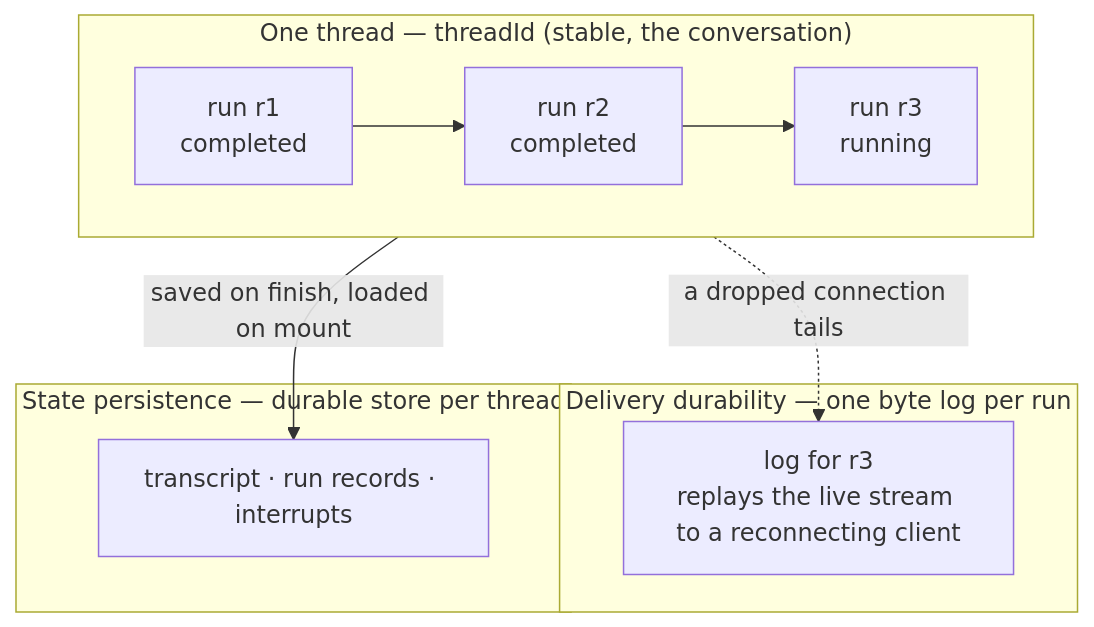
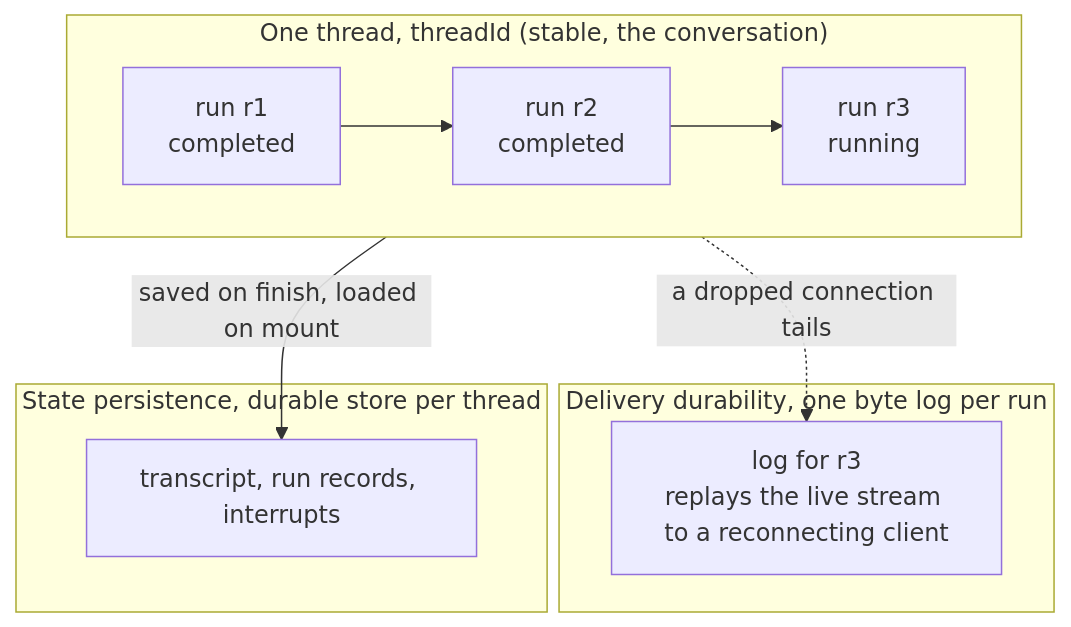
Before and after one commit to 8times4/ai: the first of 2 diagrams in docs/persistence/overview.md, drawn with Mermaid. The commit also changed other lines of this file and 84 other files, not shown here.

````diff
--- a/docs/persistence/overview.md
+++ b/docs/persistence/overview.md
@@ -60,22 +60,22 @@
 ```mermaid
 flowchart TB
-    subgraph thread ["One thread — threadId (stable, the conversation)"]
+    subgraph thread ["One thread, threadId (stable, the conversation)"]
         direction LR
         run1["run r1
 completed"] --> run2["run r2
 completed"] --> run3["run r3
 running"]
     end
 
-    subgraph delivery ["Delivery durability — one byte log per run"]
+    subgraph delivery ["Delivery durability, one byte log per run"]
         log["log for r3
 replays the live stream to a reconnecting client"]
     end
 
-    subgraph state ["State persistence — durable store per thread"]
-        store["transcript · run records · interrupts"]
+    subgraph state ["State persistence, durable store per thread"]
+        store["transcript, run records, interrupts"]
     end
 
     run3 -. "a dropped connection tails" .-> log
     thread -- "saved on finish, loaded on mount" --> store
 ```
````
